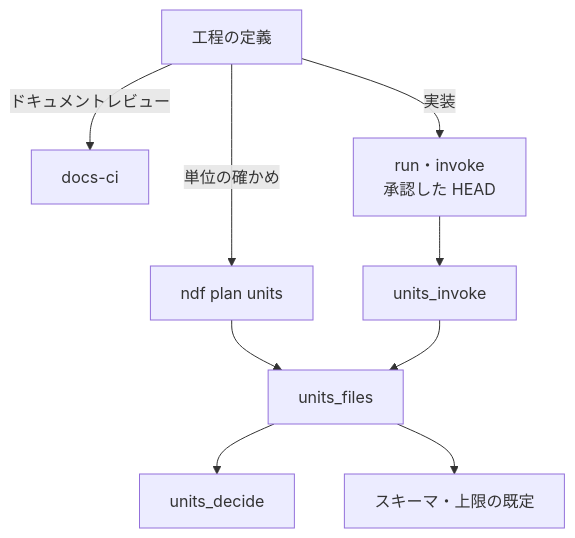
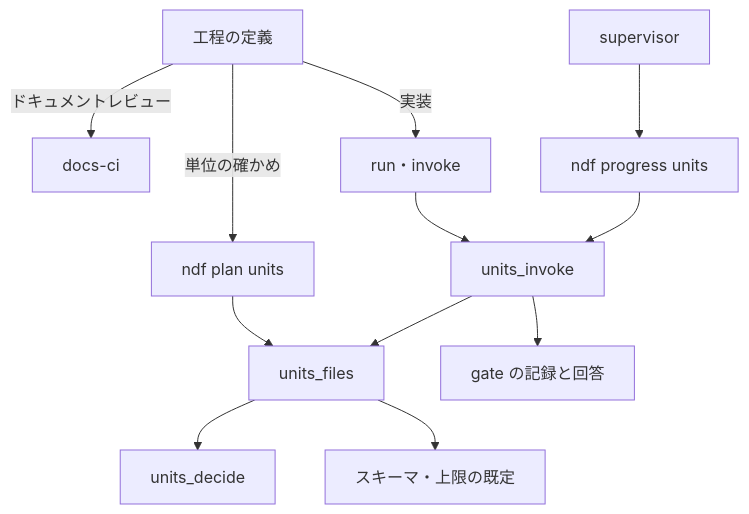
Before and after one commit to devbasex/ai-plugins: the third of 4 diagrams in issues/issue-3702-design.md, drawn with Mermaid. The commit also changed other lines of this file, not shown here.

Commit message:
Docs: #3702 の cross-review の指摘を直す（実装を流す入口を ndf progress units run にまとめて承認の要否と実行対象を記録から読む、レビューの結果の HEAD を承認の記録に結ぶ、マージできる単位から順にマージする、利用上限で新しい起動を止める） （#3702）

````diff
--- a/issues/issue-3702-design.md
+++ b/issues/issue-3702-design.md
@@ -138,11 +139,14 @@
 ```mermaid
 flowchart TB
   W["工程の定義"] -->|ドキュメントレビュー| T["docs-ci"]
   W -->|単位の確かめ| C["ndf plan units"]
   C --> F["units_files"]
   F --> J["units_decide"]
   F --> S["スキーマ・上限の既定"]
-  W -->|実装| R["run・invoke<br/>承認した HEAD"]
+  W -->|実装| R["run・invoke"]
   R --> U["units_invoke"]
+  H["supervisor"] --> P["ndf progress units"]
+  P --> U
+  U --> G["gate の記録と回答"]
   U --> F
 ```
````
